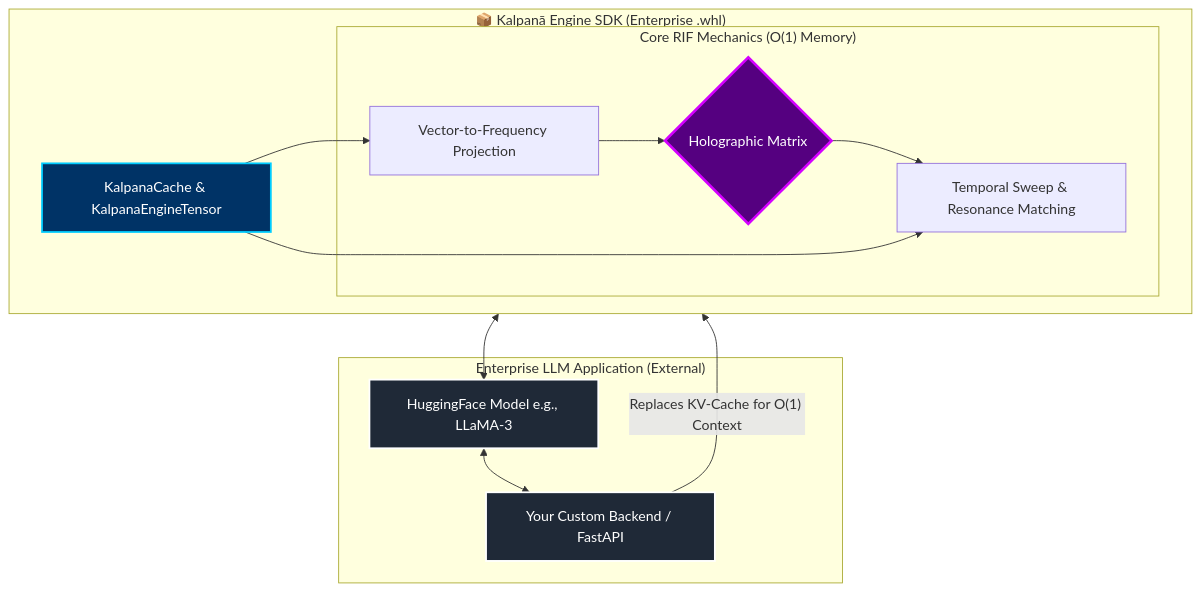
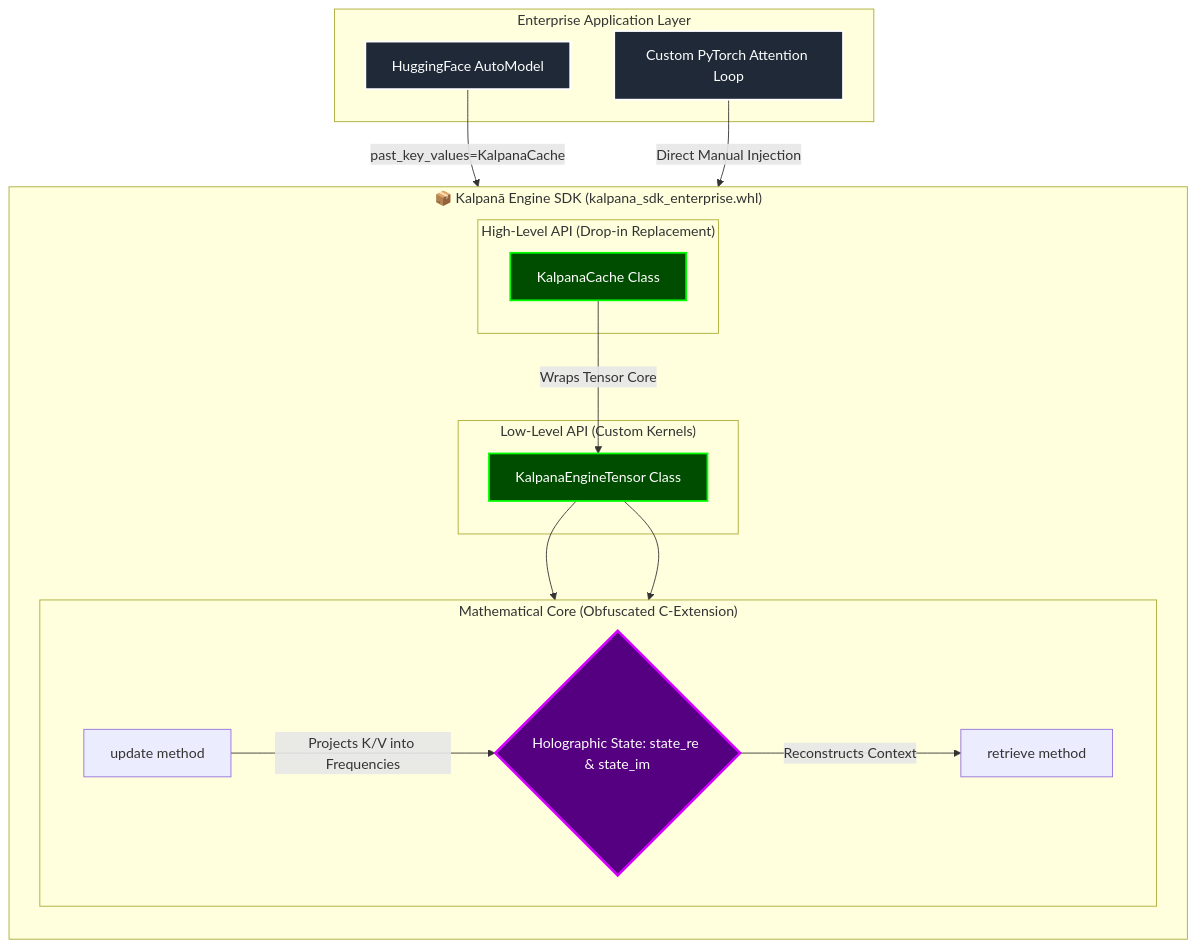
Before and after one commit to maduperera/Kalpana-Engine-SDK: the diagram in README.md, drawn with Mermaid.

Commit message:
Update README: Redesign diagram to explicitly highlight KalpanaEngineTensor and KalpanaCache APIs

````diff
--- a/README.md
+++ b/README.md
@@ -5,34 +5,42 @@
 ```mermaid
 graph TD
-    subgraph "Enterprise LLM Application (External)"
-        API[Your Custom Backend / FastAPI]
-        LLM[HuggingFace Model e.g., LLaMA-3] <--> API
+    subgraph "Enterprise Application Layer"
+        HF[HuggingFace AutoModel]
+        Custom[Custom PyTorch Attention Loop]
     end
 
-    subgraph "📦 Kalpanā Engine SDK (Enterprise .whl)"
-        direction LR
+    subgraph "📦 Kalpanā Engine SDK (kalpana_sdk_enterprise.whl)"
+        direction TB
         
-        P_API[KalpanaCache & KalpanaEngineTensor]
-        
-        subgraph "Core RIF Mechanics (O(1) Memory)"
-            RIF{Holographic Matrix}
-            Write[Vector-to-Frequency Projection]
-            Read[Temporal Sweep & Resonance Matching]
-            
-            Write --> RIF
-            RIF --> Read
+        subgraph "High-Level API (Drop-in Replacement)"
+            Cache[KalpanaCache Class]
         end
         
-        P_API --> Write
-        P_API --> Read
+        subgraph "Low-Level API (Custom Kernels)"
+            Tensor[KalpanaEngineTensor Class]
+        end
+        
+        subgraph "Mathematical Core (Obfuscated C-Extension)"
+            direction LR
+            Update[update method]
+            Retrieve[retrieve method]
+            RIF{Holographic State: state_re & state_im}
+            
+            Update -->|Projects K/V into Frequencies| RIF
+            RIF -->|Reconstructs Context| Retrieve
+        end
+        
+        Cache -->|Wraps Tensor Core| Tensor
+        Tensor --> Update
+        Tensor --> Retrieve
     end
 
-    %% Integration
-    API -- "Replaces KV-Cache for O(1) Context" --> P_API
-    P_API <--> LLM
+    HF -- "past_key_values=KalpanaCache" --> Cache
+    Custom -- "Direct Manual Injection" --> Tensor
 
-    style API fill:#1f2937,stroke:#fff,stroke-width:2px,color:#fff
-    style LLM fill:#1f2937,stroke:#fff,stroke-width:2px,color:#fff
-    style P_API fill:#003366,stroke:#00ccff,stroke-width:2px,color:#fff
+    style HF fill:#1f2937,stroke:#fff,stroke-width:2px,color:#fff
+    style Custom fill:#1f2937,stroke:#fff,stroke-width:2px,color:#fff
+    style Cache fill:#004d00,stroke:#00ff00,stroke-width:2px,color:#fff
+    style Tensor fill:#004d00,stroke:#00ff00,stroke-width:2px,color:#fff
     style RIF fill:#550080,stroke:#d400ff,stroke-width:3px,color:#fff
 ```
````
